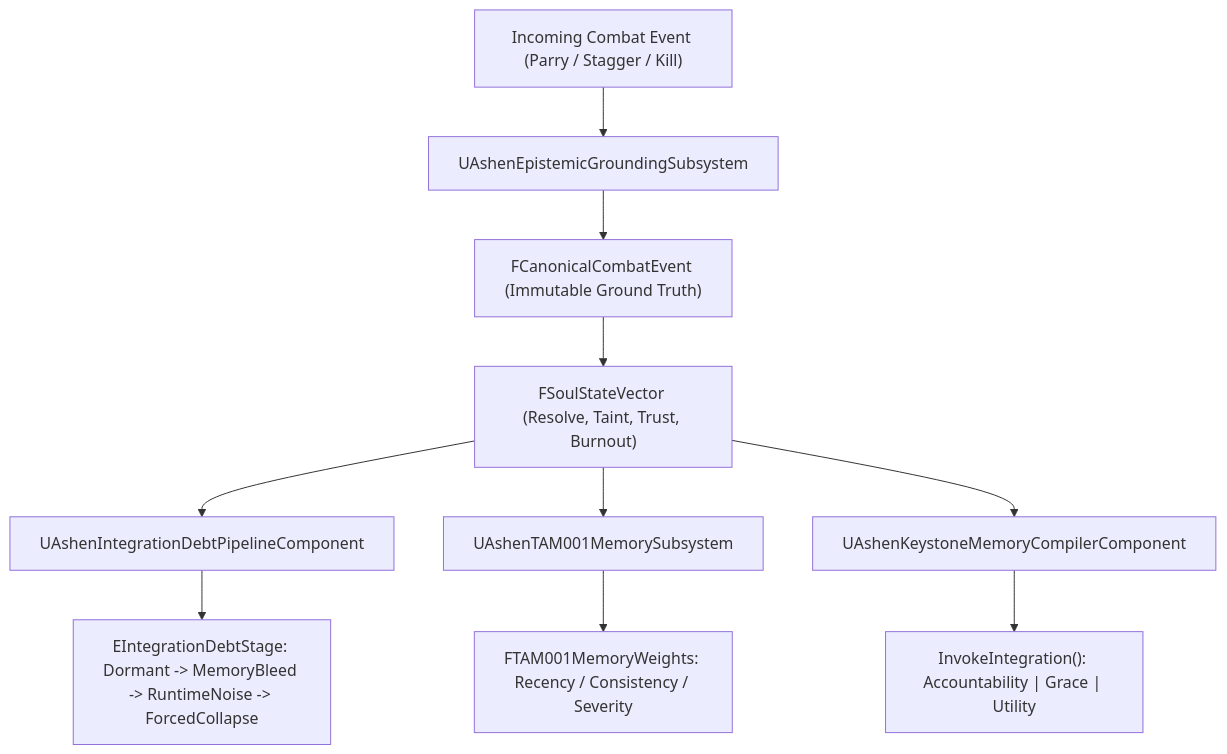
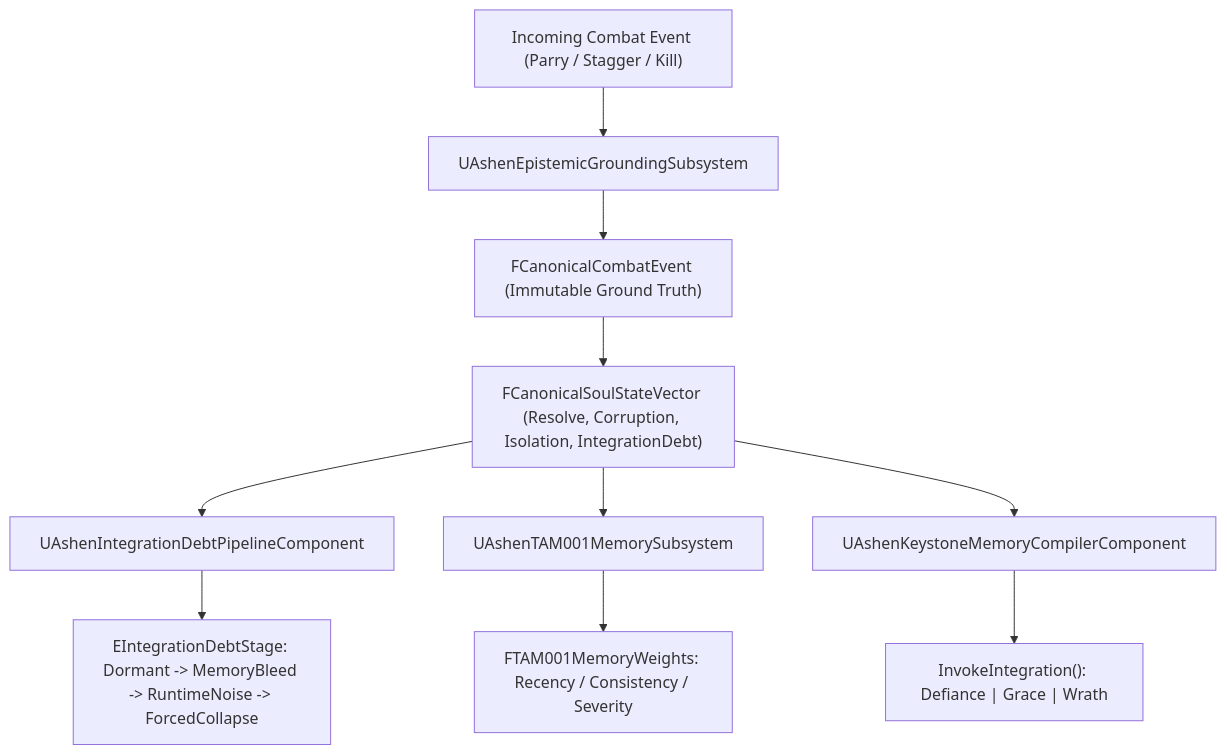
The second of 6 diagrams in Docs/MASTER_ARCHITECTURE_ATLAS.md (Icebane84/Ashen-Oath), drawn with Mermaid before and after one commit. The commit also changed other lines of this file, not shown here.

Commit message:
docs(atlas): Update Master Architecture Atlas diagrams to Milestone 2,295 (Master Batches #111-#114)

````diff
--- a/Docs/MASTER_ARCHITECTURE_ATLAS.md
+++ b/Docs/MASTER_ARCHITECTURE_ATLAS.md
@@ -130,15 +141,15 @@
 ```mermaid
 graph TD
     EVENT["Incoming Combat Event (Parry / Stagger / Kill)"] --> EPI["UAshenEpistemicGroundingSubsystem"]
     EPI --> L0["FCanonicalCombatEvent (Immutable Ground Truth)"]
-    L0 --> SSV["FSoulStateVector (Resolve, Taint, Trust, Burnout)"]
+    L0 --> SSV["FCanonicalSoulStateVector (Resolve, Corruption, Isolation, IntegrationDebt)"]
     
     SSV --> DEBT_COMP["UAshenIntegrationDebtPipelineComponent"]
     DEBT_COMP --> D_STAGE["EIntegrationDebtStage: Dormant -> MemoryBleed -> RuntimeNoise -> ForcedCollapse"]
     
     SSV --> TAM_SUB["UAshenTAM001MemorySubsystem"]
     TAM_SUB --> TAM_WEIGHTS["FTAM001MemoryWeights: Recency / Consistency / Severity"]
     
     SSV --> MINDSCAPE["UAshenKeystoneMemoryCompilerComponent"]
-    MINDSCAPE --> LENS["InvokeIntegration(): Accountability | Grace | Utility"]
+    MINDSCAPE --> LENS["InvokeIntegration(): Defiance | Grace | Wrath"]
 ```
````
